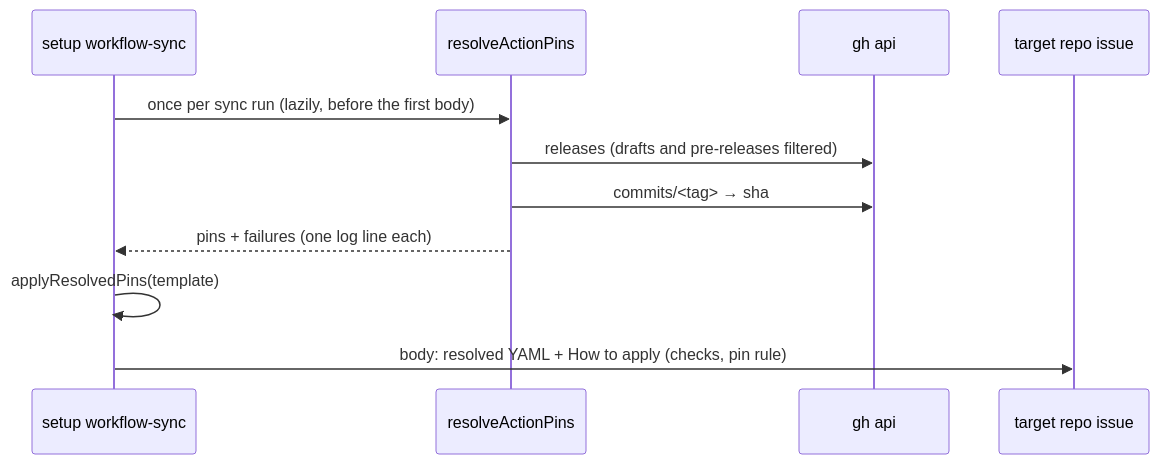
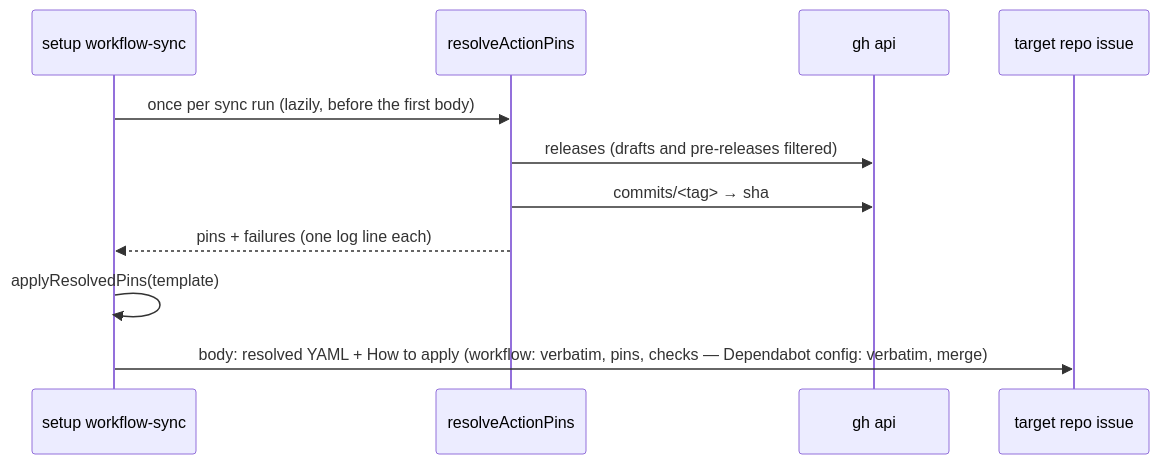
One commit to stSoftwareAU/VibeCoder changed the third of 6 diagrams in docs/EXTENDING.md. Above: the diagram before and after it, drawn with Mermaid. The commit also changed other lines of this file and 8 other files, not shown here.

First line of the commit message:
Workflow-sync issues for Dependabot-config specs tell the implementer to save the config under .github/workflows/, where Dependabot never reads it (Issue #4904) (#5000)

````diff
--- a/docs/EXTENDING.md
+++ b/docs/EXTENDING.md
@@ -325,13 +337,13 @@
 ```mermaid
 sequenceDiagram
     participant S as setup workflow-sync
     participant R as resolveActionPins
     participant G as gh api
     participant T as target repo issue
     S->>R: once per sync run (lazily, before the first body)
     R->>G: releases (drafts and pre-releases filtered)
     R->>G: commits/<tag> → sha
     R-->>S: pins + failures (one log line each)
     S->>S: applyResolvedPins(template)
-    S->>T: body: resolved YAML + How to apply (checks, pin rule)
+    S->>T: body: resolved YAML + How to apply (workflow: verbatim, pins, checks — Dependabot config: verbatim, merge)
 ```
````
